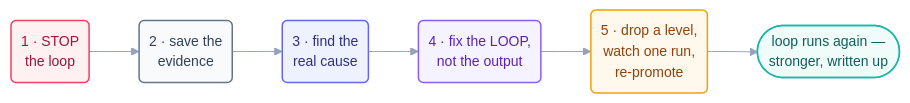
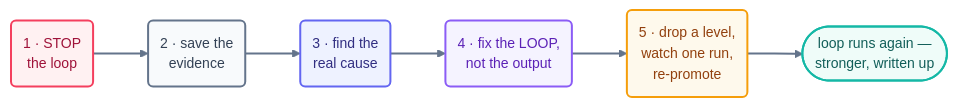
Before and after one commit to ayeshakhalid192007-dev/LoopEngineering-CrashCourse: the diagram in docs/10-operating/recovery-playbook.md, drawn with Mermaid. The commit also changed 66 other files, not shown here.

First line of the commit message:
docs(diagrams): bolden and unify all 70 mermaid diagrams

````diff
--- a/docs/10-operating/recovery-playbook.md
+++ b/docs/10-operating/recovery-playbook.md
@@ -46,14 +46,15 @@
 ```mermaid
-%%{init: {'theme':'base','themeVariables':{'fontFamily':'ui-sans-serif, system-ui, sans-serif','fontSize':'14px','lineColor':'#94a3b8'},'flowchart':{'curve':'basis','nodeSpacing':45,'rankSpacing':50,'padding':10}}}%%
+%%{init: {'theme':'base','themeVariables':{'fontFamily':'ui-sans-serif, system-ui, sans-serif','fontSize':'14px','lineColor':'#64748b','edgeLabelBackground':'#f8fafc'},'flowchart':{'curve':'basis','nodeSpacing':45,'rankSpacing':55,'padding':12}}}%%
 flowchart LR
     S1("1 · STOP<br/>the loop"):::stop --> S2("2 · save the<br/>evidence"):::file
     S2 --> S3("3 · find the<br/>real cause"):::q --> S4("4 · fix the LOOP,<br/>not the output"):::fix
     S4 --> S5("5 · drop a level,<br/>watch one run,<br/>re-promote"):::gate
     S5 --> OUT(["loop runs again —<br/>stronger, written up"]):::win
-    classDef stop fill:#fff1f2,stroke:#f43f5e,stroke-width:1.5px,color:#9f1239;
-    classDef file fill:#f8fafc,stroke:#64748b,stroke-width:1.5px,color:#334155;
-    classDef q fill:#eef2ff,stroke:#6366f1,stroke-width:1.5px,color:#312e81;
-    classDef fix fill:#f5f3ff,stroke:#8b5cf6,stroke-width:1.5px,color:#5b21b6;
-    classDef gate fill:#fef9ec,stroke:#f59e0b,stroke-width:1.5px,color:#92400e;
-    classDef win fill:#effcf9,stroke:#14b8a6,stroke-width:1.5px,color:#115e59;
+    linkStyle default stroke:#64748b,stroke-width:2px;
+    classDef stop fill:#fff1f2,stroke:#f43f5e,stroke-width:2px,color:#9f1239;
+    classDef file fill:#f8fafc,stroke:#64748b,stroke-width:2px,color:#334155;
+    classDef q fill:#eef2ff,stroke:#6366f1,stroke-width:2px,color:#312e81;
+    classDef fix fill:#f5f3ff,stroke:#8b5cf6,stroke-width:2px,color:#5b21b6;
+    classDef gate fill:#fef9ec,stroke:#f59e0b,stroke-width:2px,color:#92400e;
+    classDef win fill:#effcf9,stroke:#14b8a6,stroke-width:2px,color:#115e59;
 ```
````
